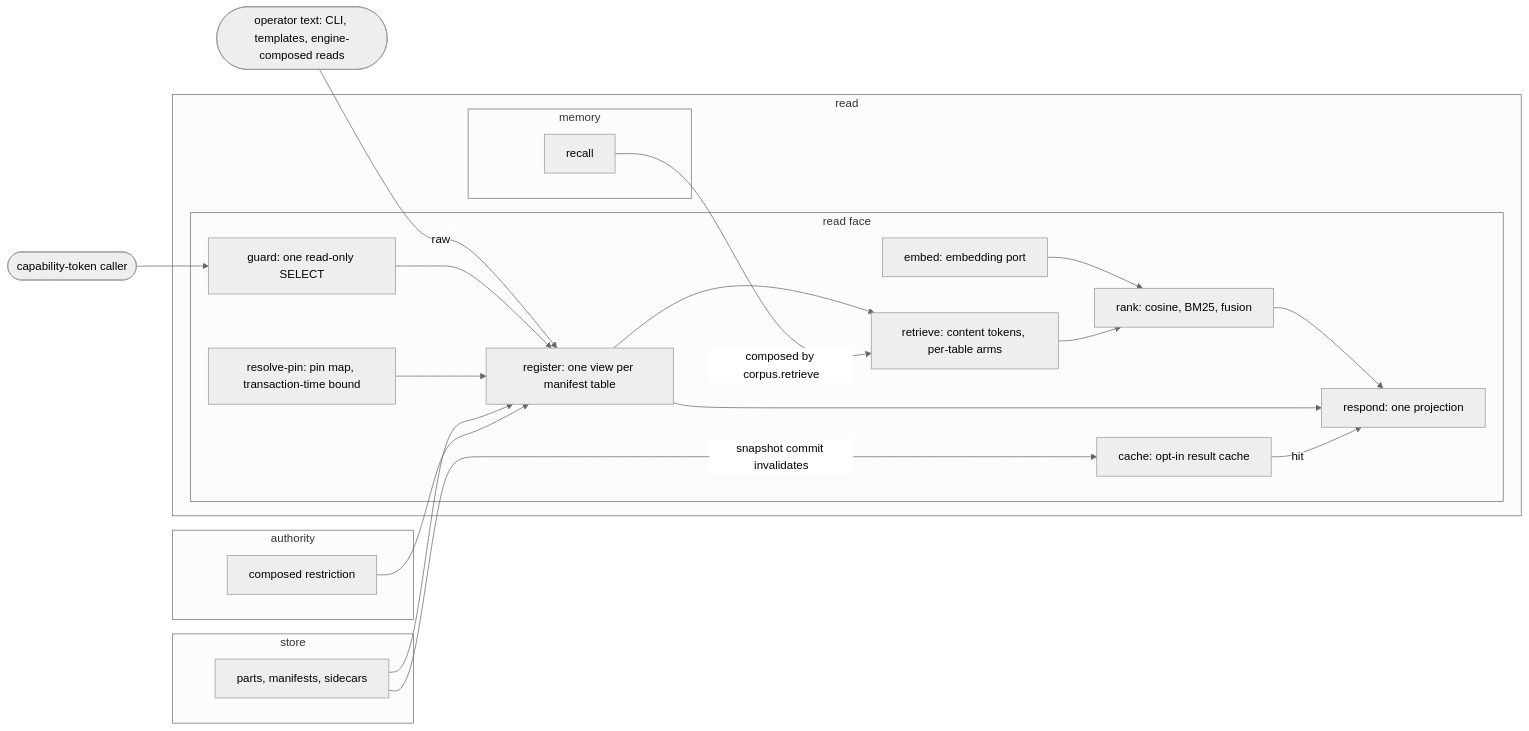
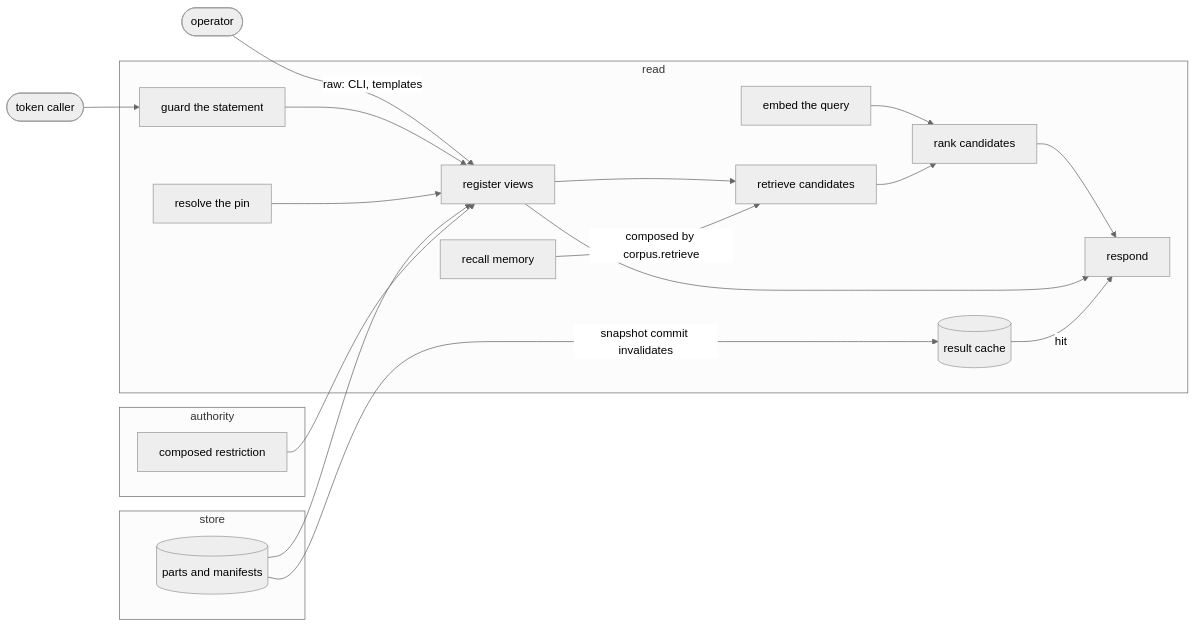
Before and after one commit to fractalboxdev/contextful: the first of 5 diagrams in spec/20-read.md, drawn with Mermaid (neutral theme). The commit also changed other lines of this file and 24 other files, not shown here.

First line of the commit message:
spec: every flowchart draws one entity or process per node

````diff
--- a/spec/20-read.md
+++ b/spec/20-read.md
@@ -23,43 +23,39 @@
 ```mermaid
 flowchart LR
-  TOK(["capability-token caller"])
-  OPR(["operator text: CLI, templates, engine-composed reads"])
+  TOK(["token caller"])
+  OPR(["operator"])
 
   subgraph READC["read"]
-    subgraph FACE["read face"]
-      GRD["guard: one read-only SELECT"]
-      PIN["resolve-pin: pin map, transaction-time bound"]
-      REG["register: one view per manifest table"]
-      RET["retrieve: content tokens, per-table arms"]
-      EMB["embed: embedding port"]
-      RNK["rank: cosine, BM25, fusion"]
-      RSP["respond: one projection"]
-      CCH["cache: opt-in result cache"]
-    end
-    subgraph MEMS["memory"]
-      MEM["recall"]
-    end
+    GRD["guard the statement"]
+    PIN["resolve the pin"]
+    REG["register views"]
+    RET["retrieve candidates"]
+    EMB["embed the query"]
+    RNK["rank candidates"]
+    RSP["respond"]
+    CCH[("result cache")]
+    MEM["recall memory"]
   end
 
   subgraph STOREC["store"]
-    PARTS["parts, manifests, sidecars"]
+    PARTS[("parts and manifests")]
   end
   subgraph AUTHC["authority"]
     RESTR["composed restriction"]
   end
 
   TOK --> GRD
-  OPR -- "raw" --> REG
+  OPR -- "raw: CLI, templates" --> REG
   GRD --> REG
   PIN --> REG
   PARTS --> REG
   RESTR --> REG
   REG --> RET
   MEM -- "composed by corpus.retrieve" --> RET
   EMB --> RNK
   RET --> RNK
   RNK --> RSP
   REG --> RSP
   PARTS -- "snapshot commit invalidates" --> CCH
   CCH -- "hit" --> RSP
 ```
````
